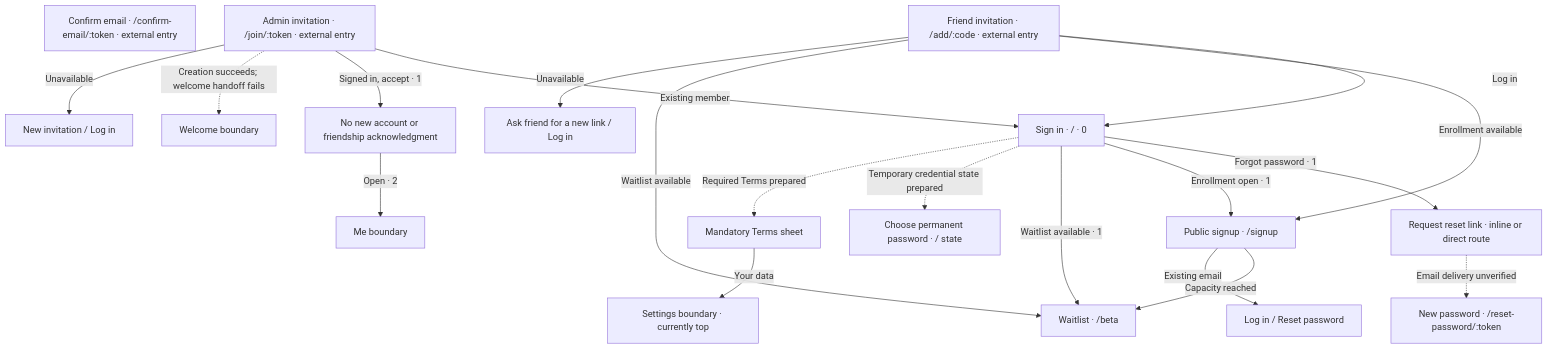
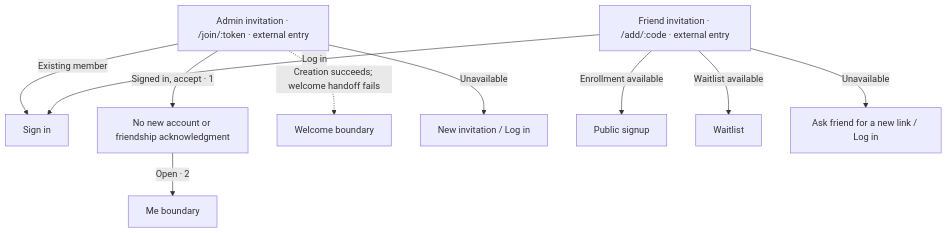
Before and after one commit to BenCBanks/kinetta: diagram 12 of 13 in docs/app-map.md, drawn with Mermaid. The commit also changed other lines of this file, not shown here.

Commit message:
Clarify reviewed boundaries and diagram layout

````diff
--- a/docs/app-map.md
+++ b/docs/app-map.md
@@ -527,22 +535,12 @@
 ```mermaid
 flowchart TD
- Login["Sign in · / · 0"] -->|Forgot password · 1| Forgot["Request reset link · inline or direct route"]
- Login -->|Enrollment open · 1| Signup["Public signup · /signup"]
- Login -->|Waitlist available · 1| Beta["Waitlist · /beta"]
- Signup -->|Capacity reached| Beta
- Signup -->|Existing email| Recovery["Log in / Reset password"]
- Forgot -.->|Email delivery unverified| Reset["New password · /reset-password/:token"]
- Confirm["Confirm email · /confirm-email/:token · external entry"]
- Join["Admin invitation · /join/:token · external entry"] -->|Existing member| Login
+ Join["Admin invitation · /join/:token · external entry"] -->|Existing member| Login["Sign in"]
  Join -->|Signed in, accept · 1| Ack["No new account or friendship acknowledgment"]
  Ack -->|Open · 2| Me["Me boundary"]
  Join -.->|Creation succeeds; welcome handoff fails| Welcome["Welcome boundary"]
  Join -->|Unavailable| JoinError["New invitation / Log in"]
  Friend["Friend invitation · /add/:code · external entry"] -->|Log in| Login
- Friend -->|Enrollment available| Signup
- Friend -->|Waitlist available| Beta
+ Friend -->|Enrollment available| Signup["Public signup"]
+ Friend -->|Waitlist available| Beta["Waitlist"]
  Friend -->|Unavailable| FriendError["Ask friend for a new link / Log in"]
- Login -.->|Temporary credential state prepared| Temp["Choose permanent password · / state"]
- Login -.->|Required Terms prepared| Terms["Mandatory Terms sheet"]
- Terms -->|Your data| Settings["Settings boundary · currently top"]
 ```
````
